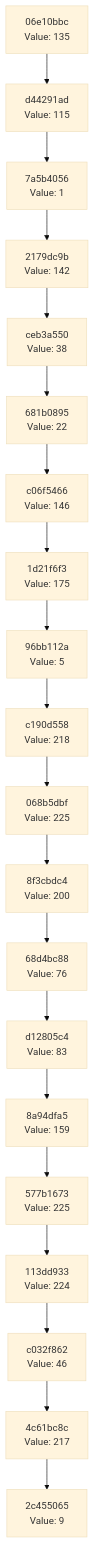
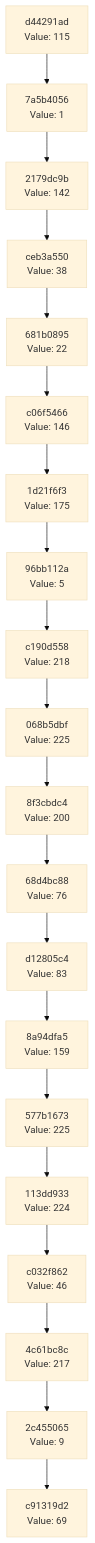
One commit to Abhisheksinha1506/hash-chain-evolver changed the diagram in docs/CHAIN_VISUALIZATION.md. Above: the diagram before and after it, drawn with Mermaid (base theme). The commit also changed 1 other file, not shown here.

Commit message:
Evolution step: hash 0x45 → action executed

````diff
--- a/docs/CHAIN_VISUALIZATION.md
+++ b/docs/CHAIN_VISUALIZATION.md
@@ -3,42 +3,42 @@
 ```mermaid
 graph TD
-    C0["2c455065<br/>Value: 9"]
-    C1["4c61bc8c<br/>Value: 217"]
+    C0["c91319d2<br/>Value: 69"]
+    C1["2c455065<br/>Value: 9"]
     C1 --> C0
-    C2["c032f862<br/>Value: 46"]
+    C2["4c61bc8c<br/>Value: 217"]
     C2 --> C1
-    C3["113dd933<br/>Value: 224"]
+    C3["c032f862<br/>Value: 46"]
     C3 --> C2
-    C4["577b1673<br/>Value: 225"]
+    C4["113dd933<br/>Value: 224"]
     C4 --> C3
-    C5["8a94dfa5<br/>Value: 159"]
+    C5["577b1673<br/>Value: 225"]
     C5 --> C4
-    C6["d12805c4<br/>Value: 83"]
+    C6["8a94dfa5<br/>Value: 159"]
     C6 --> C5
-    C7["68d4bc88<br/>Value: 76"]
+    C7["d12805c4<br/>Value: 83"]
     C7 --> C6
-    C8["8f3cbdc4<br/>Value: 200"]
+    C8["68d4bc88<br/>Value: 76"]
     C8 --> C7
-    C9["068b5dbf<br/>Value: 225"]
+    C9["8f3cbdc4<br/>Value: 200"]
     C9 --> C8
-    C10["c190d558<br/>Value: 218"]
+    C10["068b5dbf<br/>Value: 225"]
     C10 --> C9
-    C11["96bb112a<br/>Value: 5"]
+    C11["c190d558<br/>Value: 218"]
     C11 --> C10
-    C12["1d21f6f3<br/>Value: 175"]
+    C12["96bb112a<br/>Value: 5"]
     C12 --> C11
-    C13["c06f5466<br/>Value: 146"]
+    C13["1d21f6f3<br/>Value: 175"]
     C13 --> C12
-    C14["681b0895<br/>Value: 22"]
+    C14["c06f5466<br/>Value: 146"]
     C14 --> C13
-    C15["ceb3a550<br/>Value: 38"]
+    C15["681b0895<br/>Value: 22"]
     C15 --> C14
-    C16["2179dc9b<br/>Value: 142"]
+    C16["ceb3a550<br/>Value: 38"]
     C16 --> C15
-    C17["7a5b4056<br/>Value: 1"]
+    C17["2179dc9b<br/>Value: 142"]
     C17 --> C16
-    C18["d44291ad<br/>Value: 115"]
+    C18["7a5b4056<br/>Value: 1"]
     C18 --> C17
-    C19["06e10bbc<br/>Value: 135"]
+    C19["d44291ad<br/>Value: 115"]
     C19 --> C18
 ```
````
